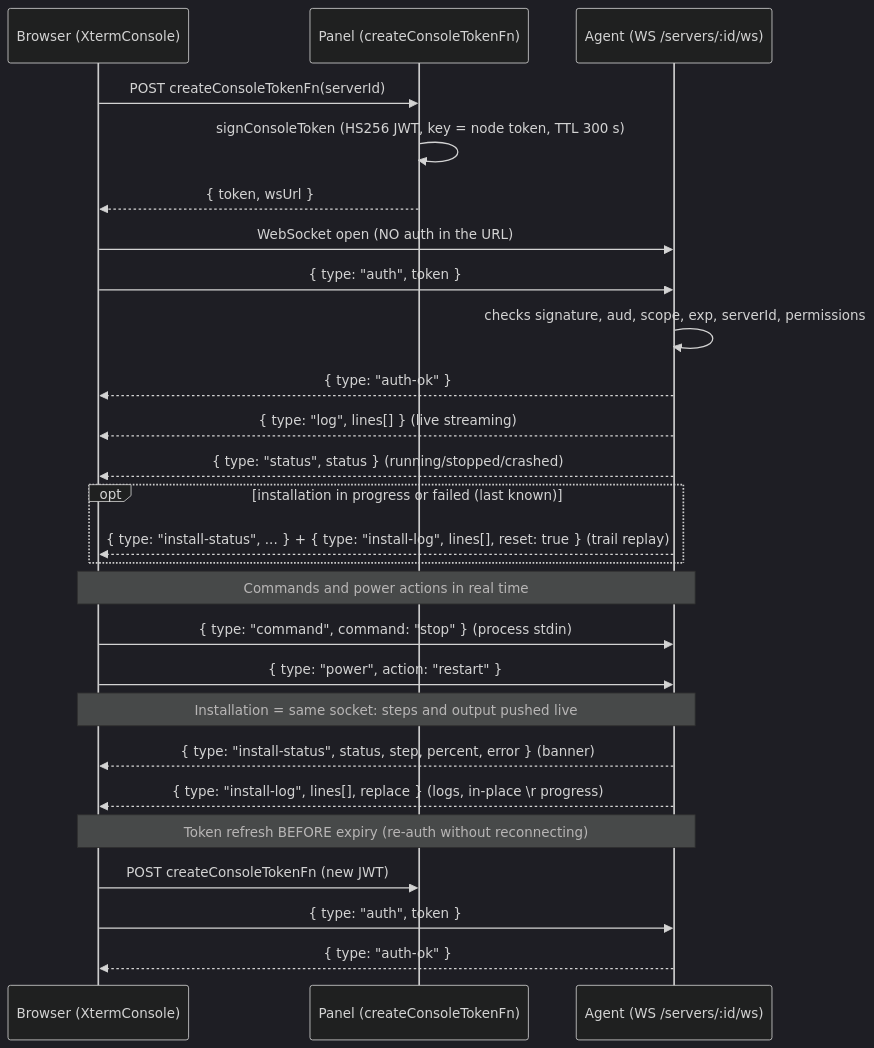
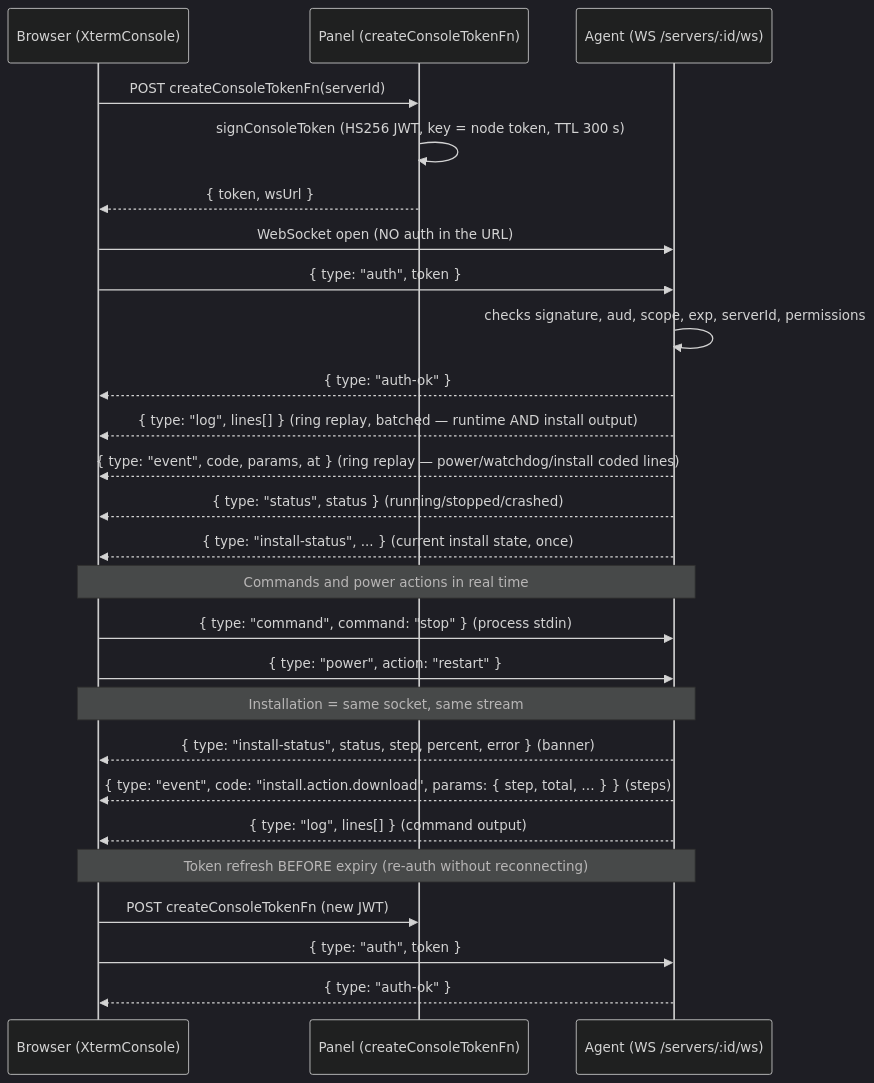
Before and after one commit to mojito-panel/panel: the fourth of 9 diagrams in docs/communications.md, drawn with Mermaid (dark theme). The commit also changed other lines of this file and 3 other files, not shown here.

````diff
--- a/docs/communications.md
+++ b/docs/communications.md
@@ -129,32 +131,32 @@
 ```mermaid
 sequenceDiagram
     participant N as Browser (XtermConsole)
     participant P as Panel (createConsoleTokenFn)
     participant A as Agent (WS /servers/:id/ws)
 
     N->>P: POST createConsoleTokenFn(serverId)
     P->>P: signConsoleToken (HS256 JWT, key = node token, TTL 300 s)
     P-->>N: { token, wsUrl }
     N->>A: WebSocket open (NO auth in the URL)
     N->>A: { type: "auth", token }
     A->>A: checks signature, aud, scope, exp, serverId, permissions
     A-->>N: { type: "auth-ok" }
-    A-->>N: { type: "log", lines[] } (live streaming)
+    A-->>N: { type: "log", lines[] } (ring replay, batched — runtime AND install output)
+    A-->>N: { type: "event", code, params, at } (ring replay — power/watchdog/install coded lines)
     A-->>N: { type: "status", status } (running/stopped/crashed)
-    opt installation in progress or failed (last known)
-        A-->>N: { type: "install-status", ... } + { type: "install-log", lines[], reset: true } (trail replay)
-    end
+    A-->>N: { type: "install-status", ... } (current install state, once)
 
     Note over N,A: Commands and power actions in real time
     N->>A: { type: "command", command: "stop" } (process stdin)
     N->>A: { type: "power", action: "restart" }
 
-    Note over N,A: Installation = same socket: steps and output pushed live
+    Note over N,A: Installation = same socket, same stream
     A-->>N: { type: "install-status", status, step, percent, error } (banner)
-    A-->>N: { type: "install-log", lines[], replace } (logs, in-place \r progress)
+    A-->>N: { type: "event", code: "install.action.download", params: { step, total, … } } (steps)
+    A-->>N: { type: "log", lines[] } (command output)
 
     Note over N,A: Token refresh BEFORE expiry (re-auth without reconnecting)
     N->>P: POST createConsoleTokenFn (new JWT)
     N->>A: { type: "auth", token }
     A-->>N: { type: "auth-ok" }
 ```
````
